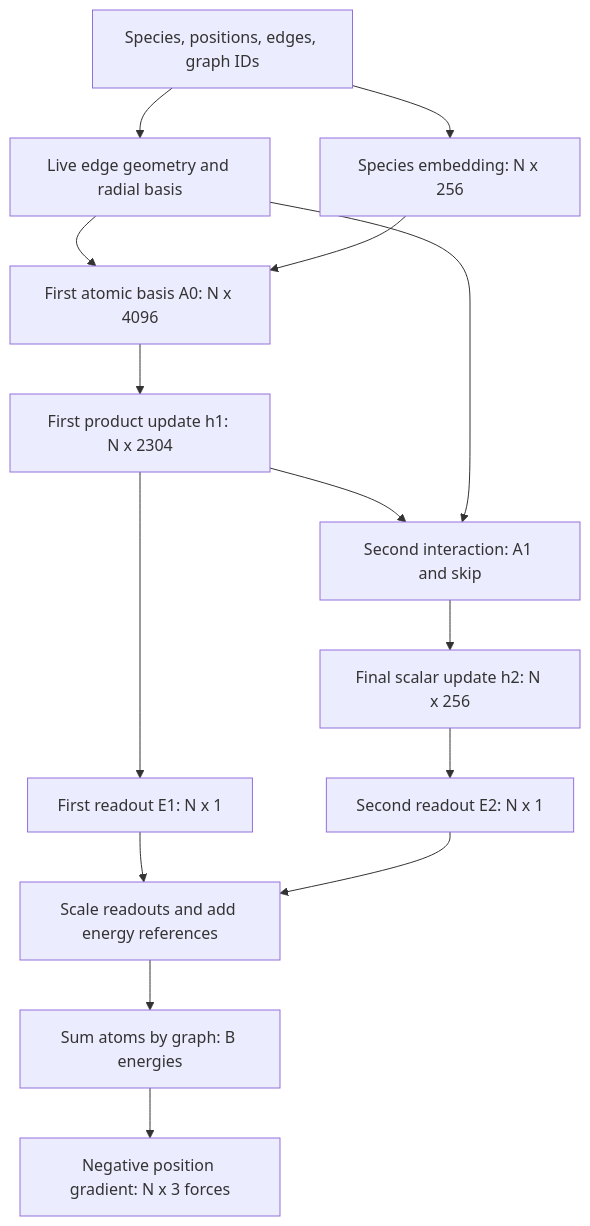
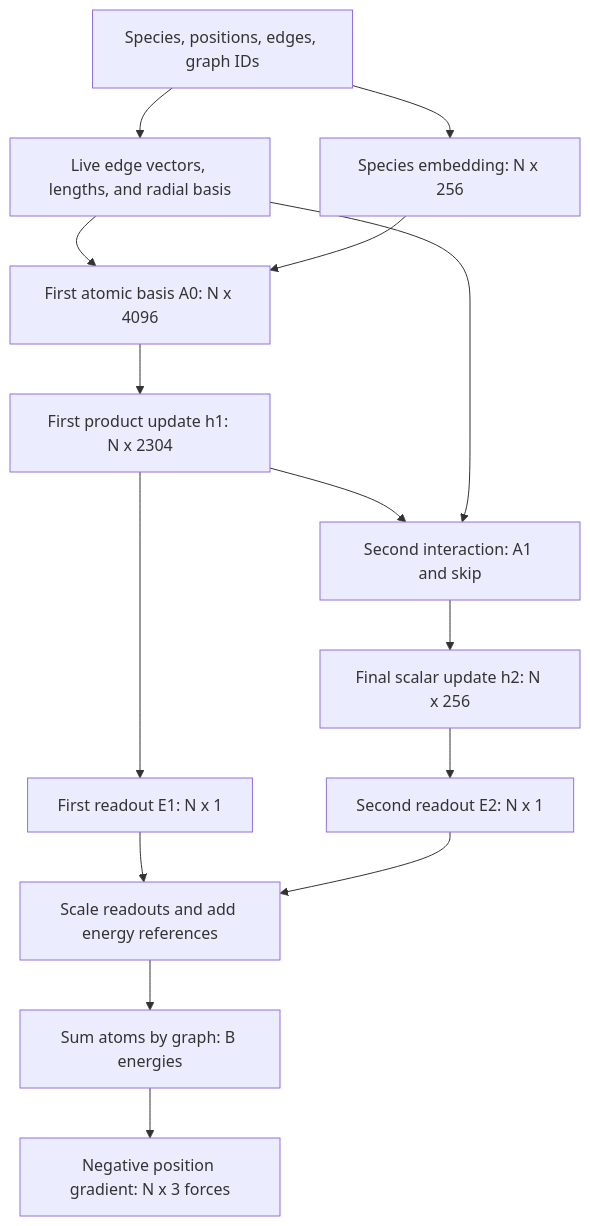
One commit to mettafore/gdl-papers changed the first of 4 diagrams in papers/15-MACE/learning-notes.md. Above: the diagram before and after it, drawn with Mermaid. The commit also changed other lines of this file and 1 other file, not shown here.

````diff
--- a/papers/15-MACE/learning-notes.md
+++ b/papers/15-MACE/learning-notes.md
@@ -39,17 +39,17 @@
 ```mermaid
 flowchart TD
-    Inputs["Species, positions, edges, graph IDs"] --> Geometry["Live edge geometry and radial basis"]
+    Inputs["Species, positions, edges, graph IDs"] --> Geometry["Live edge vectors, lengths, and radial basis"]
     Inputs --> Embed["Species embedding: N x 256"]
     Geometry --> A0["First atomic basis A0: N x 4096"]
     Embed --> A0
     A0 --> P1["First product update h1: N x 2304"]
     P1 --> R1["First readout E1: N x 1"]
     P1 --> I2["Second interaction: A1 and skip"]
     Geometry --> I2
     I2 --> P2["Final scalar update h2: N x 256"]
     P2 --> R2["Second readout E2: N x 1"]
     R1 --> Restore["Scale readouts and add energy references"]
     R2 --> Restore
     Restore --> Sum["Sum atoms by graph: B energies"]
     Sum --> Force["Negative position gradient: N x 3 forces"]
 ```
````
